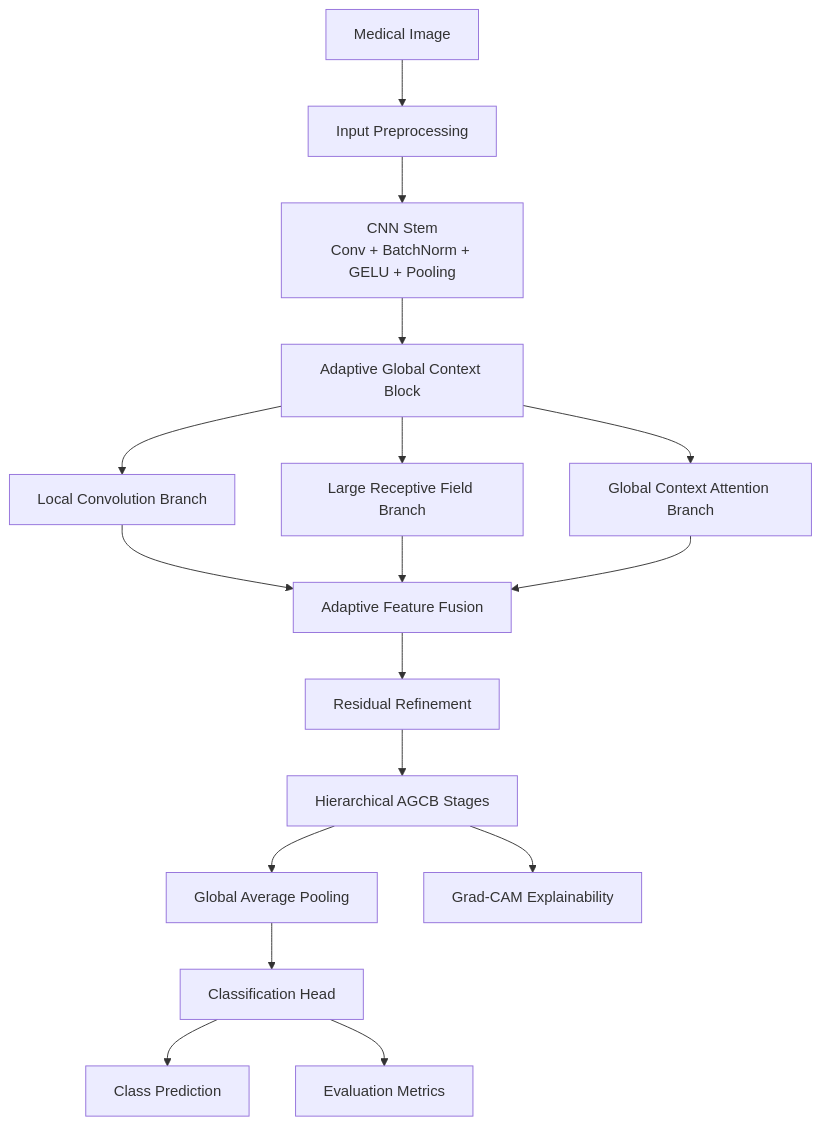
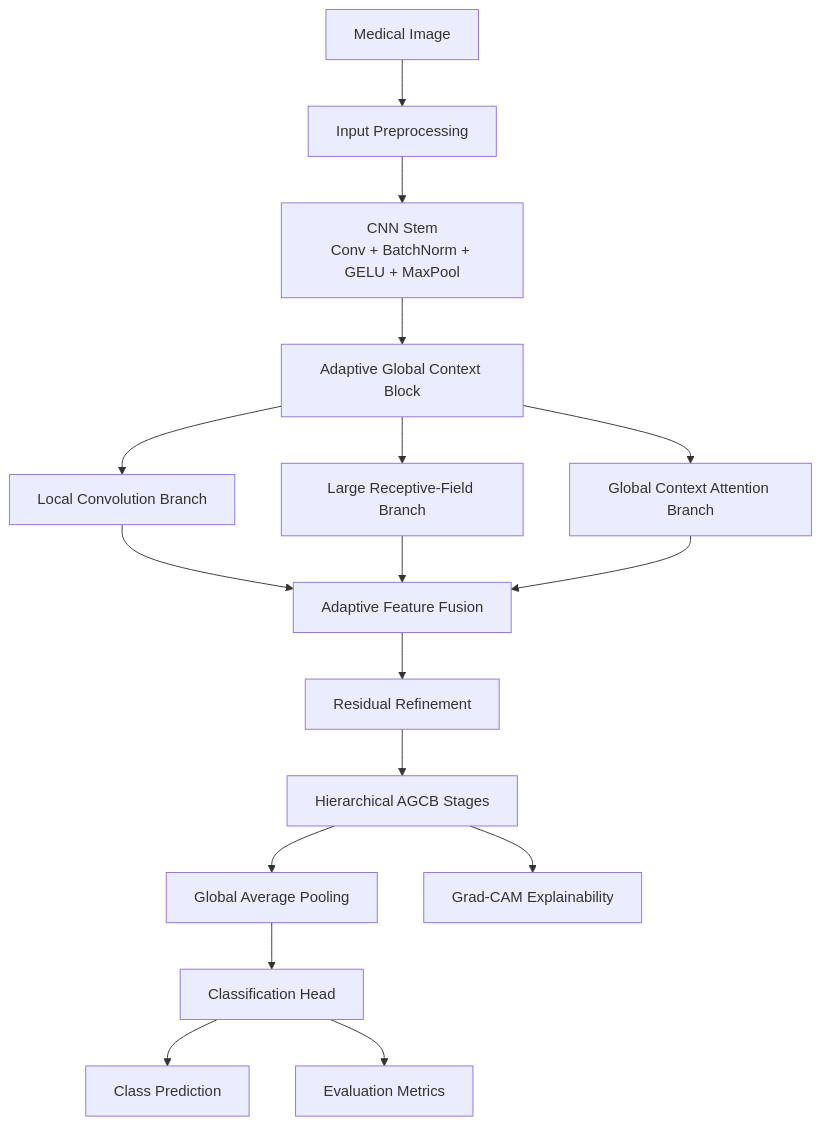
One commit to mahmmooudian/Med-AGCNet changed the first of 3 diagrams in README.md. Above: the diagram before and after it, drawn with Mermaid. The commit also changed other lines of this file, not shown here.

````diff
--- a/README.md
+++ b/README.md
@@ -100,30 +105,26 @@
 ```mermaid
 flowchart TD
     A[Medical Image] --> B[Input Preprocessing]
 
-    B --> C[CNN Stem<br/>Conv + BatchNorm + GELU + Pooling]
+    B --> C[CNN Stem<br/>Conv + BatchNorm + GELU + MaxPool]
 
     C --> D[Adaptive Global Context Block]
 
     D --> E1[Local Convolution Branch]
-    D --> E2[Large Receptive Field Branch]
+    D --> E2[Large Receptive-Field Branch]
     D --> E3[Global Context Attention Branch]
 
     E1 --> F[Adaptive Feature Fusion]
     E2 --> F
     E3 --> F
 
     F --> G[Residual Refinement]
-
     G --> H[Hierarchical AGCB Stages]
 
     H --> I[Global Average Pooling]
-
     I --> J[Classification Head]
-
     J --> K[Class Prediction]
 
     J --> L[Evaluation Metrics]
-
     H --> M[Grad-CAM Explainability]
 ```
````
